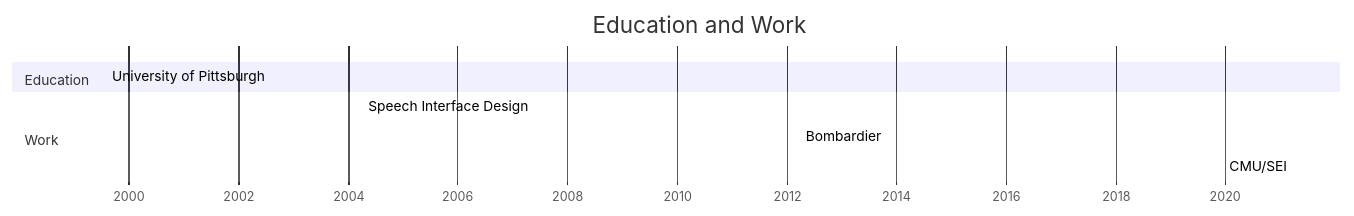
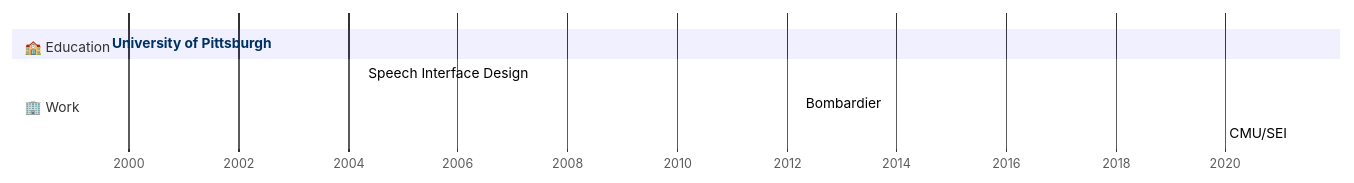
Before and after one commit to scottsync/scottsync: the diagram in README.md, drawn with Mermaid. The commit also changed other lines of this file, not shown here.

````diff
--- a/README.md
+++ b/README.md
@@ -1,12 +32,13 @@
 ```mermaid
 gantt
     axisFormat %Y
-    title       Education and Work
-    section Education
-    University of Pittsburgh  :active, 1999-08-01,2004-01-01
+    section 🏫 Education
+    University of Pittsburgh  :active, cl1, 1999-08-01,2004-01-01
 
-    section Work
+    section 🏢 Work 
     Speech Interface Design :active, 2004-04-01,2012-04-01
     Bombardier              :active, 2012-04-01,2021-04-01
     CMU/SEI :active, 2021-04-01,2022-08-24
+
+    click cl1 href "#Profile"
 ```
````
